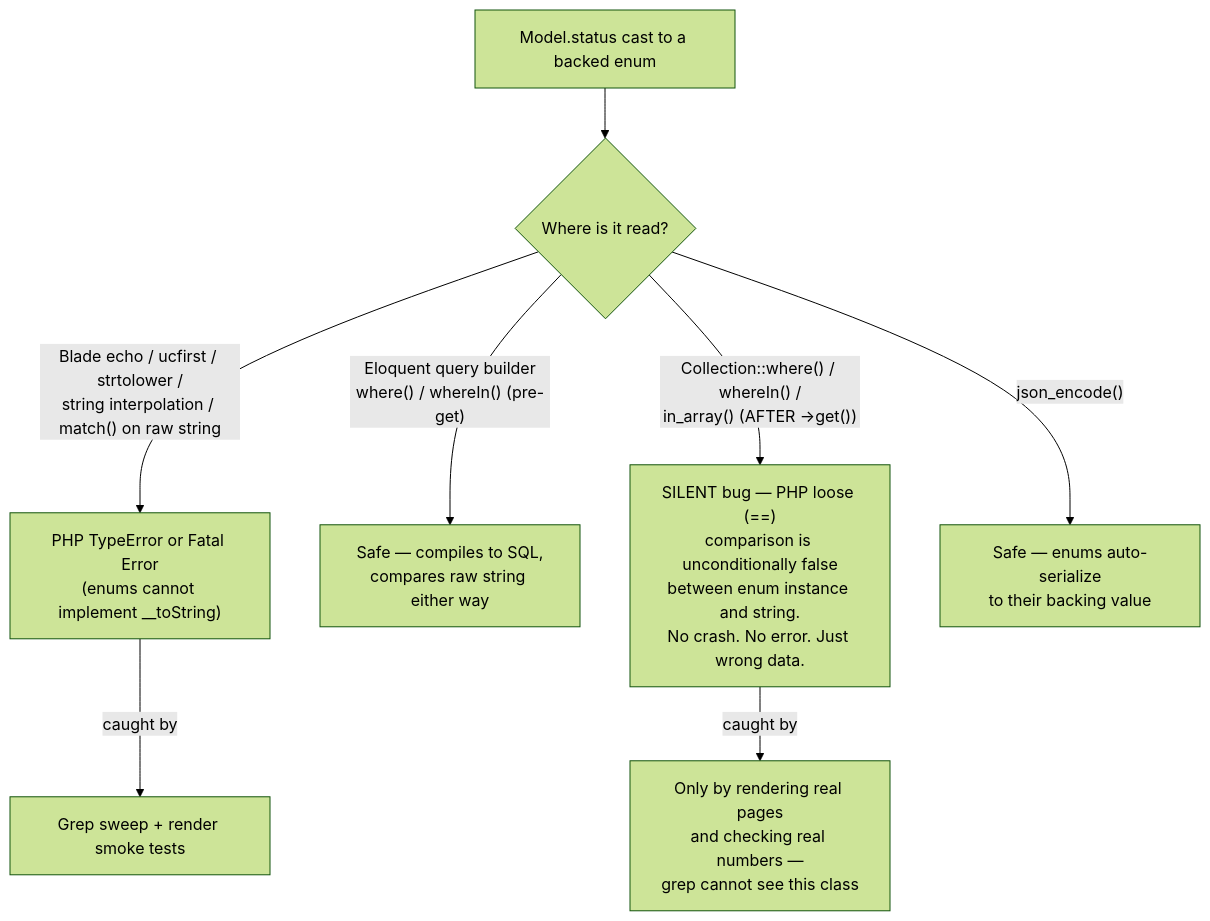
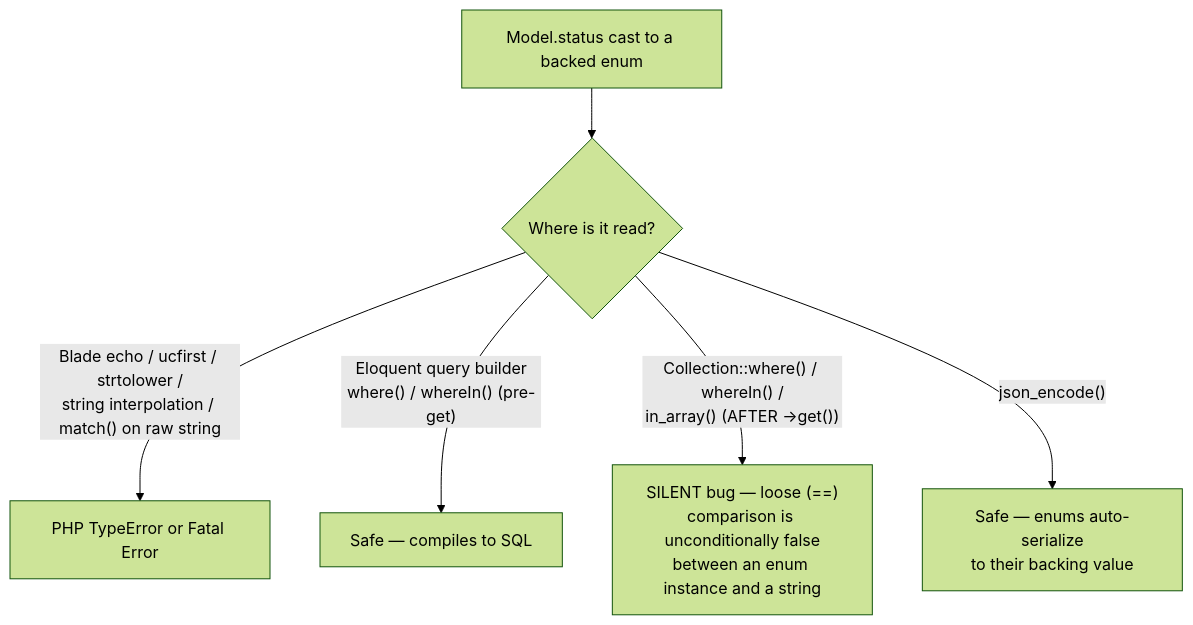
Before and after one commit to aqashayunus/scholars: the third of 3 diagrams in docs/architecture.md, drawn with Mermaid (forest theme). The commit also changed other lines of this file and 1 other file, not shown here.

````diff
--- a/docs/architecture.md
+++ b/docs/architecture.md
@@ -223,11 +132,8 @@
 ```mermaid
 flowchart TD
     A["Model.status cast to a backed enum"] --> B{"Where is it read?"}
-    B -->|"Blade echo / ucfirst / strtolower /<br/>string interpolation / match() on raw string"| C["PHP TypeError or Fatal Error<br/>(enums cannot implement __toString)"]
-    B -->|"Eloquent query builder<br/>where() / whereIn() (pre-get)"| D["Safe — compiles to SQL,<br/>compares raw string either way"]
-    B -->|"Collection::where() / whereIn() /<br/>in_array() (AFTER ->get())"| E["SILENT bug — PHP loose (==)<br/>comparison is unconditionally false<br/>between enum instance and string.<br/>No crash. No error. Just wrong data."]
+    B -->|"Blade echo / ucfirst / strtolower /<br/>string interpolation / match() on raw string"| C["PHP TypeError or Fatal Error"]
+    B -->|"Eloquent query builder<br/>where() / whereIn() (pre-get)"| D["Safe — compiles to SQL"]
+    B -->|"Collection::where() / whereIn() /<br/>in_array() (AFTER ->get())"| E["SILENT bug — loose (==)<br/>comparison is unconditionally false<br/>between an enum instance and a string"]
     B -->|"json_encode()"| F["Safe — enums auto-serialize<br/>to their backing value"]
-
-    C -->|"caught by"| G["Grep sweep + render smoke tests"]
-    E -->|"caught by"| H["Only by rendering real pages<br/>and checking real numbers —<br/>grep cannot see this class"]
 ```
````
